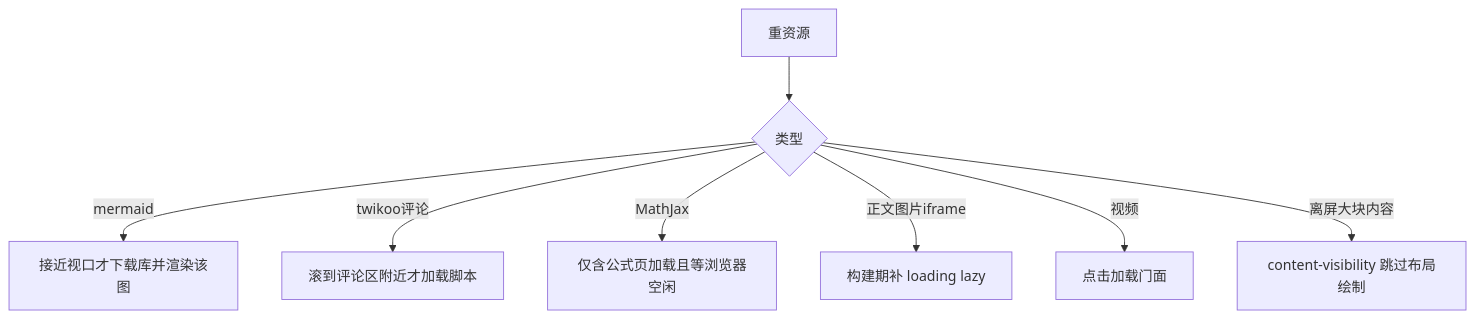
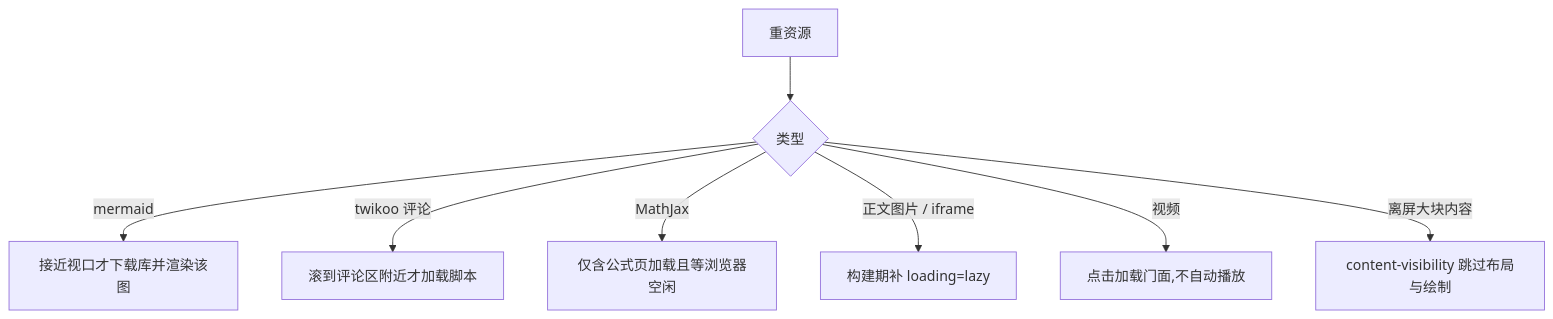
One commit to huyangpahuo/magzine-branch changed the first of 4 diagrams in docs/05-性能设计.md. Above: the diagram before and after it, drawn with Mermaid. The commit also changed other lines of this file and 12 other files, not shown here.

````diff
--- a/docs/05-性能设计.md
+++ b/docs/05-性能设计.md
@@ -7,10 +7,10 @@
 ```mermaid
 flowchart TD
     A["重资源"] --> B{"类型"}
     B -->|mermaid| C["接近视口才下载库并渲染该图"]
-    B -->|twikoo评论| D["滚到评论区附近才加载脚本"]
+    B -->|twikoo 评论| D["滚到评论区附近才加载脚本"]
     B -->|MathJax| E["仅含公式页加载且等浏览器空闲"]
-    B -->|正文图片iframe| F["构建期补 loading lazy"]
-    B -->|视频| G["点击加载门面"]
-    B -->|离屏大块内容| H["content-visibility 跳过布局绘制"]
+    B -->|正文图片 / iframe| F["构建期补 loading=lazy"]
+    B -->|视频| G["点击加载门面,不自动播放"]
+    B -->|离屏大块内容| H["content-visibility 跳过布局与绘制"]
 ```
````
